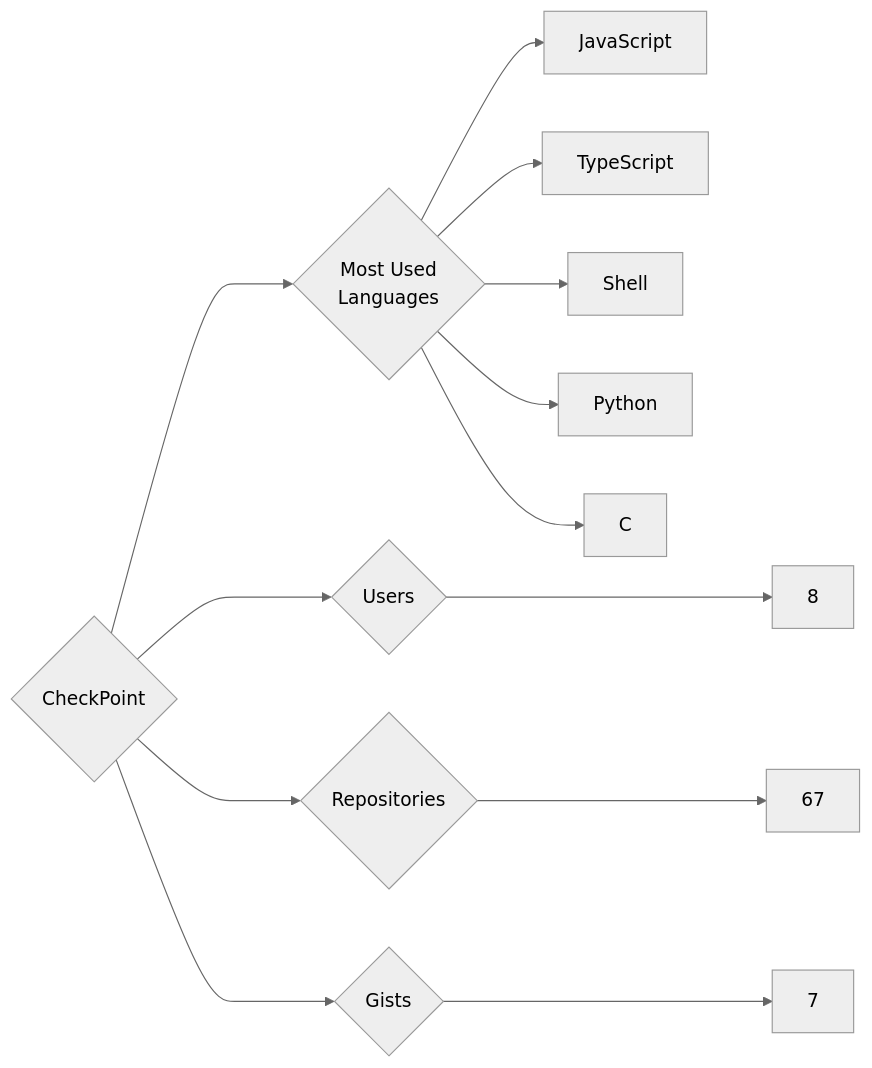
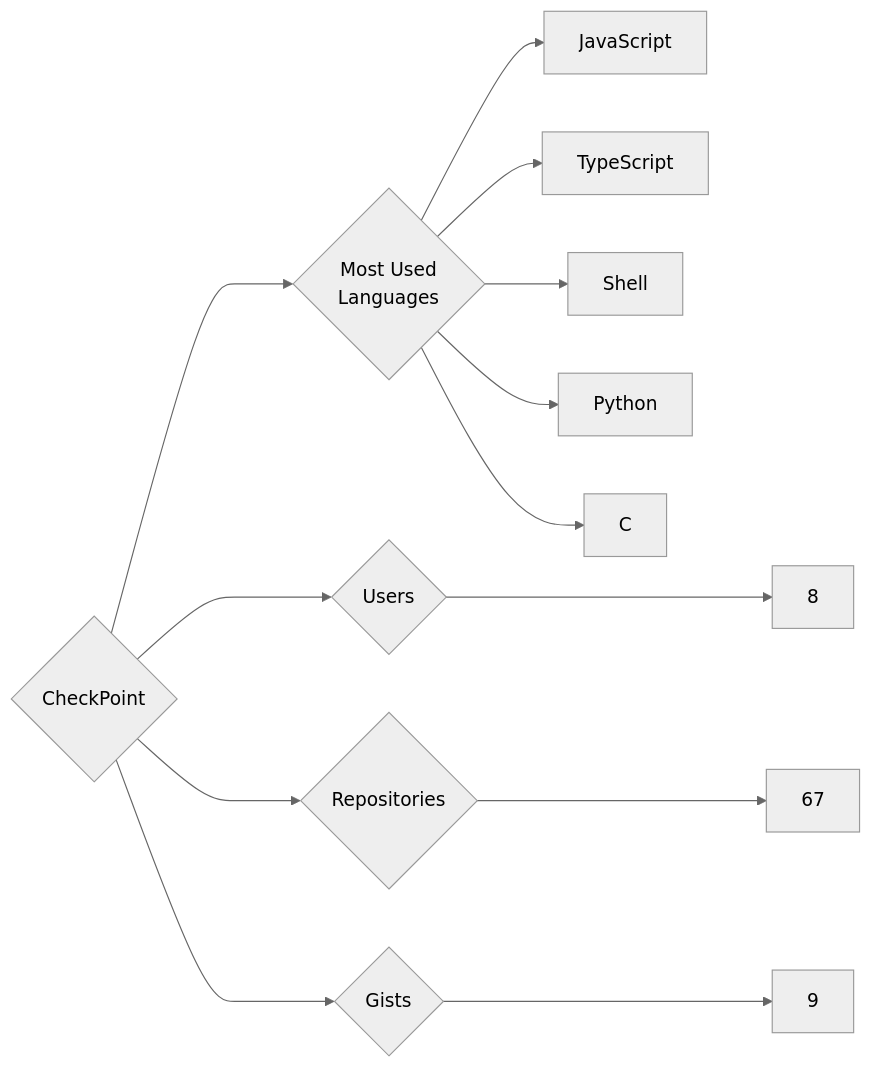
The diagram in targets/CheckPoint/README.md (trickest/insiders), drawn with Mermaid (neutral theme) before and after one commit. The commit also changed 912 other files, not shown here.

````diff
--- a/targets/CheckPoint/README.md
+++ b/targets/CheckPoint/README.md
@@ -3,13 +3,13 @@
 ```mermaid
 graph LR
 COMPANY_NAME{CheckPoint}
 COMPANY_NAME ---> U{Users} ---> UN[8]
 COMPANY_NAME ---> R{Repositories} ---> RN[67]
-COMPANY_NAME ---> G{Gists} ---> GN[7]
+COMPANY_NAME ---> G{Gists} ---> GN[9]
 COMPANY_NAME ---> ML{Most Used<br>Languages}
 ML --> JavaScript[JavaScript]
 ML --> TypeScript[TypeScript]
 ML --> Shell[Shell]
 ML --> Python[Python]
 ML --> C[C]
 ```
````
